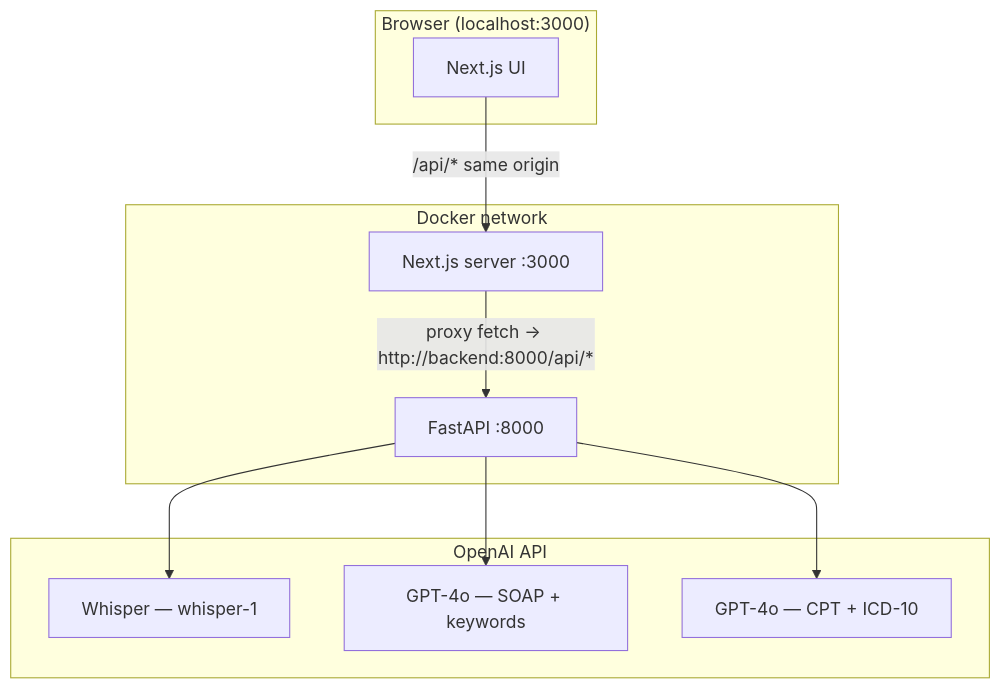
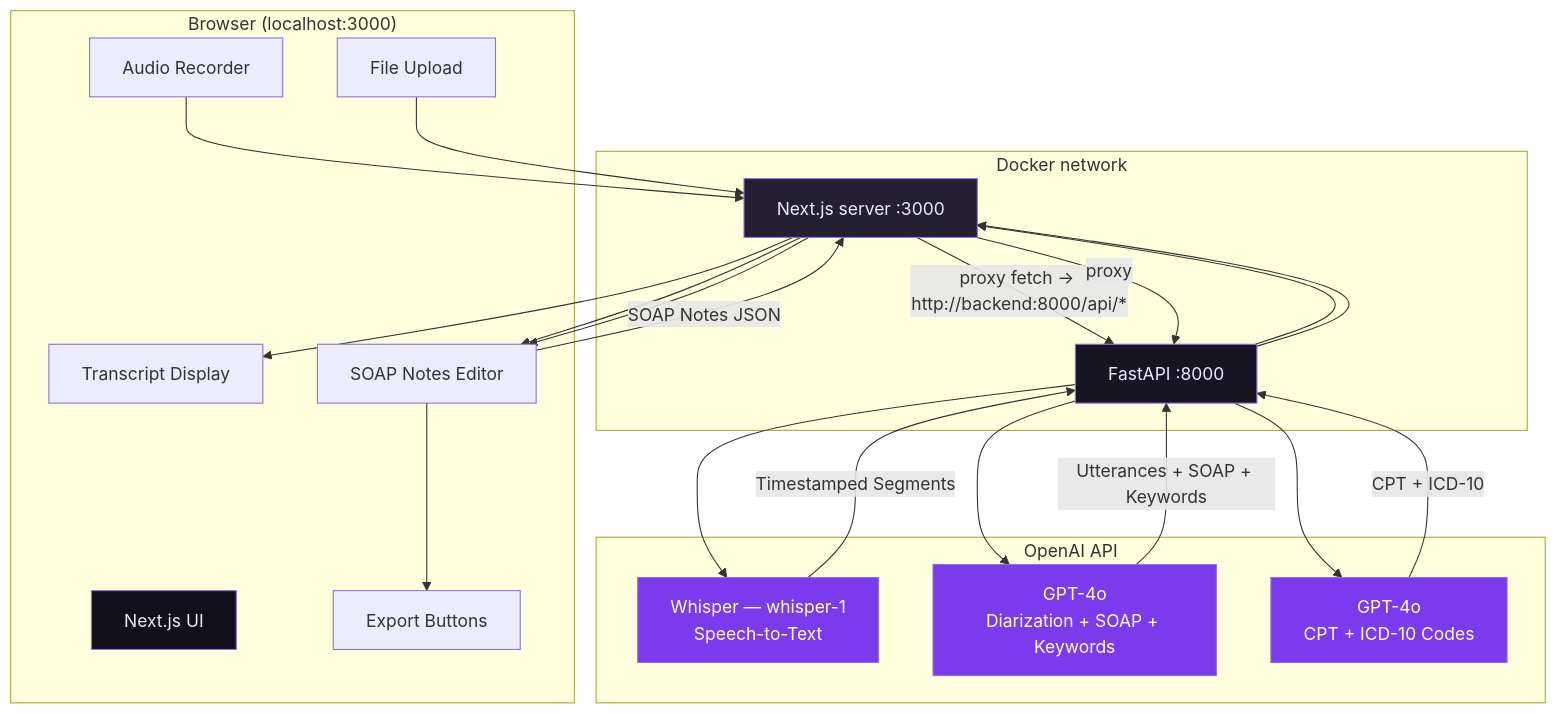
Before and after one commit to cld2labs/MediScriptAI: the diagram in README.md, drawn with Mermaid. The commit also changed other lines of this file, not shown here.

````diff
--- a/README.md
+++ b/README.md
@@ -79,23 +97,47 @@
 ```mermaid
 graph TB
     subgraph "Browser (localhost:3000)"
         A[Next.js UI]
+        A1[Audio Recorder]
+        A2[File Upload]
+        A3[Transcript Display]
+        A4[SOAP Notes Editor]
+        A5[Export Buttons]
     end
 
     subgraph "Docker network"
         F[Next.js server :3000]
         B[FastAPI :8000]
     end
 
     subgraph "OpenAI API"
-        D[Whisper — whisper-1]
-        E[GPT-4o — SOAP + keywords]
-        G[GPT-4o — CPT + ICD-10]
+        D[Whisper — whisper-1\nSpeech-to-Text]
+        E[GPT-4o\nDiarization + SOAP + Keywords]
+        G[GPT-4o\nCPT + ICD-10 Codes]
     end
 
-    A -->|"/api/* same origin"| F
+    A1 --> F
+    A2 --> F
     F -->|"proxy fetch → http://backend:8000/api/*"| B
     B --> D
+    D -->|Timestamped Segments| B
     B --> E
+    E -->|Utterances + SOAP + Keywords| B
+    B --> F
+    F --> A3
+    F --> A4
+    A4 -->|SOAP Notes JSON| F
+    F -->|proxy| B
     B --> G
+    G -->|CPT + ICD-10| B
+    B --> F
+    F --> A4
+    A4 --> A5
+
+    style A fill:#11101B,color:#EDE9FE
+    style F fill:#242032,color:#EDE9FE
+    style B fill:#171522,color:#EDE9FE
+    style D fill:#7C3AED,color:#fff
+    style E fill:#7C3AED,color:#fff
+    style G fill:#7C3AED,color:#fff
 ```
````
